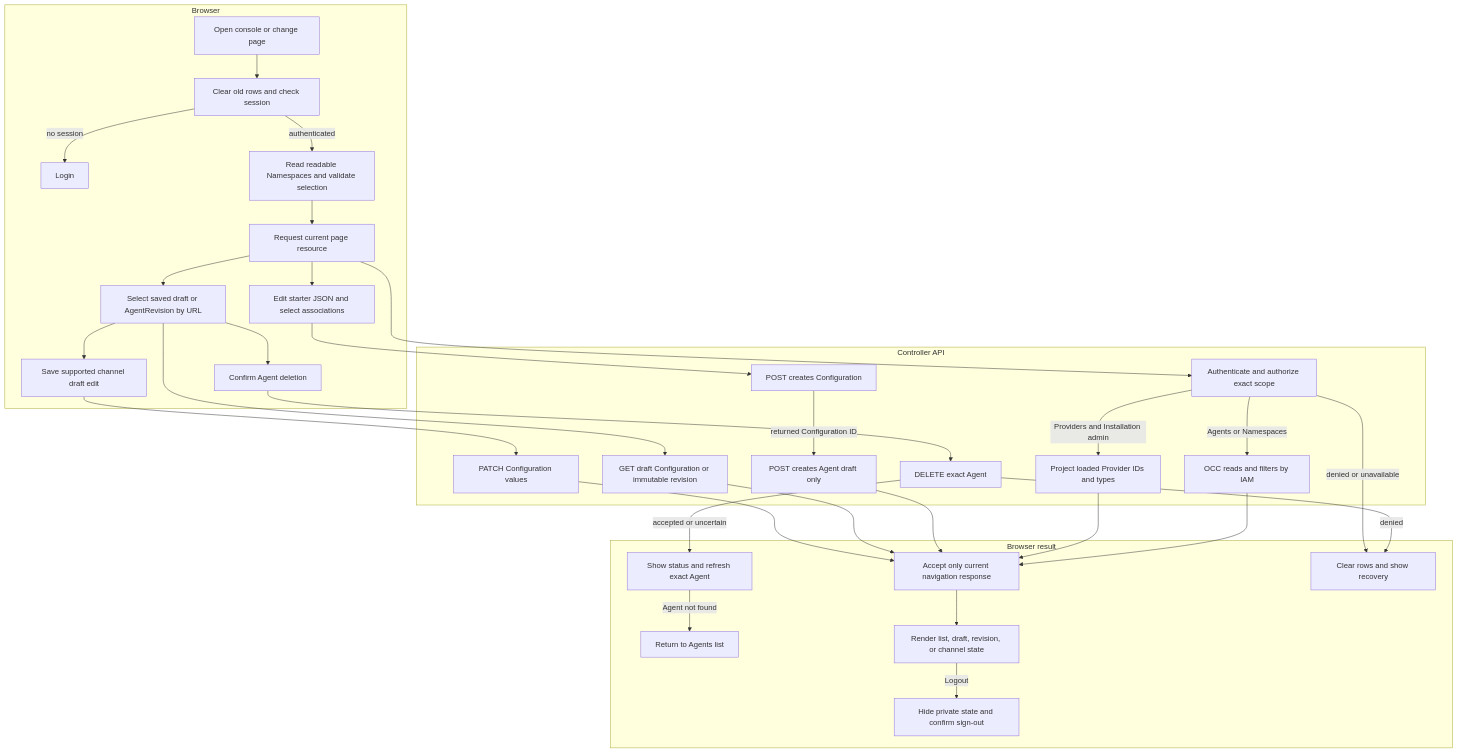
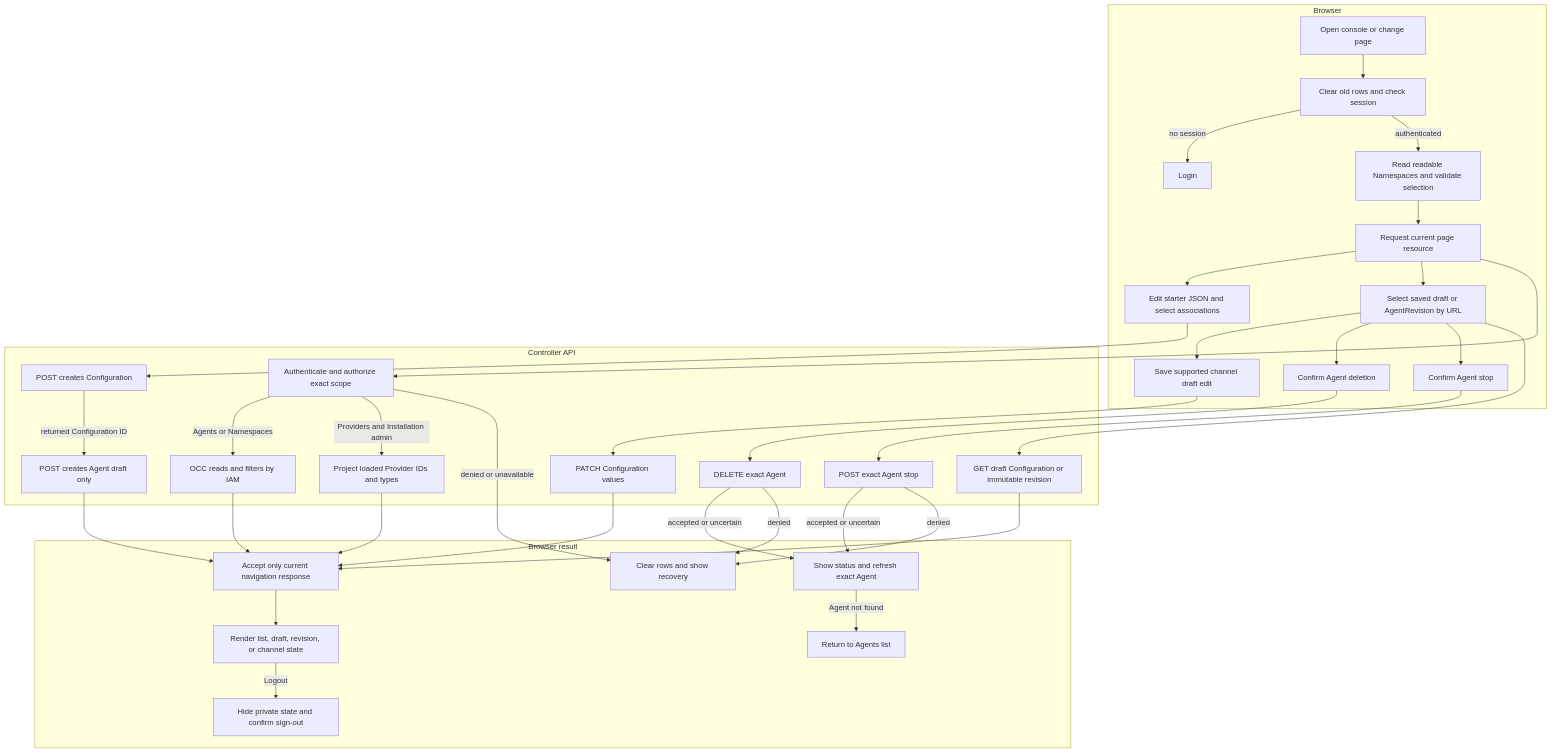
One commit to openclaw/openclaw-enterprise changed the diagram in docs/flows/platform-console.md. Above: the diagram before and after it, drawn with Mermaid. The commit also changed other lines of this file and 14 other files, not shown here.

Commit message:
feat(console): add Agent stop control

````diff
--- a/docs/flows/platform-console.md
+++ b/docs/flows/platform-console.md
@@ -42,36 +42,40 @@
 ```mermaid
 graph TD
   subgraph Browser["Browser"]
     A["Open console or change page"] --> B["Clear old rows and check session"]
     B -->|no session| C["Login"]
     B -->|authenticated| D["Read readable Namespaces and validate selection"]
     D --> E["Request current page resource"]
     E --> E1["Edit starter JSON and select associations"]
     E --> E2["Select saved draft or AgentRevision by URL"]
     E2 --> E3["Save supported channel draft edit"]
     E2 --> E4["Confirm Agent deletion"]
+    E2 --> E5["Confirm Agent stop"]
   end
   subgraph Controller["Controller API"]
     E --> F["Authenticate and authorize exact scope"]
     F -->|Agents or Namespaces| G["OCC reads and filters by IAM"]
     F -->|Providers and Installation admin| H["Project loaded Provider IDs and types"]
     E1 --> M1["POST creates Configuration"]
     M1 -->|returned Configuration ID| M["POST creates Agent draft only"]
     E2 --> N["GET draft Configuration or immutable revision"]
     E3 --> O["PATCH Configuration values"]
     E4 --> P["DELETE exact Agent"]
+    E5 --> P2["POST exact Agent stop"]
   end
   subgraph Result["Browser result"]
     G --> I["Accept only current navigation response"]
     H --> I
     M --> I
     N --> I
     O --> I
     P -->|accepted or uncertain| Q["Show status and refresh exact Agent"]
+    P2 -->|accepted or uncertain| Q
+    P2 -->|denied| K
     P -->|denied| K
     Q -->|Agent not found| R["Return to Agents list"]
     I --> J["Render list, draft, revision, or channel state"]
     F -->|denied or unavailable| K["Clear rows and show recovery"]
     J -->|Logout| L["Hide private state and confirm sign-out"]
   end
 ```
````
